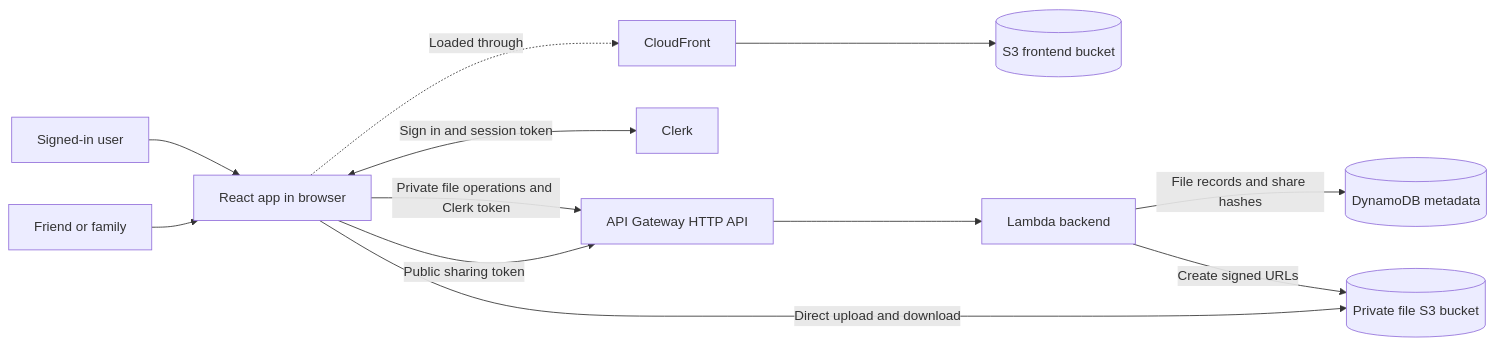
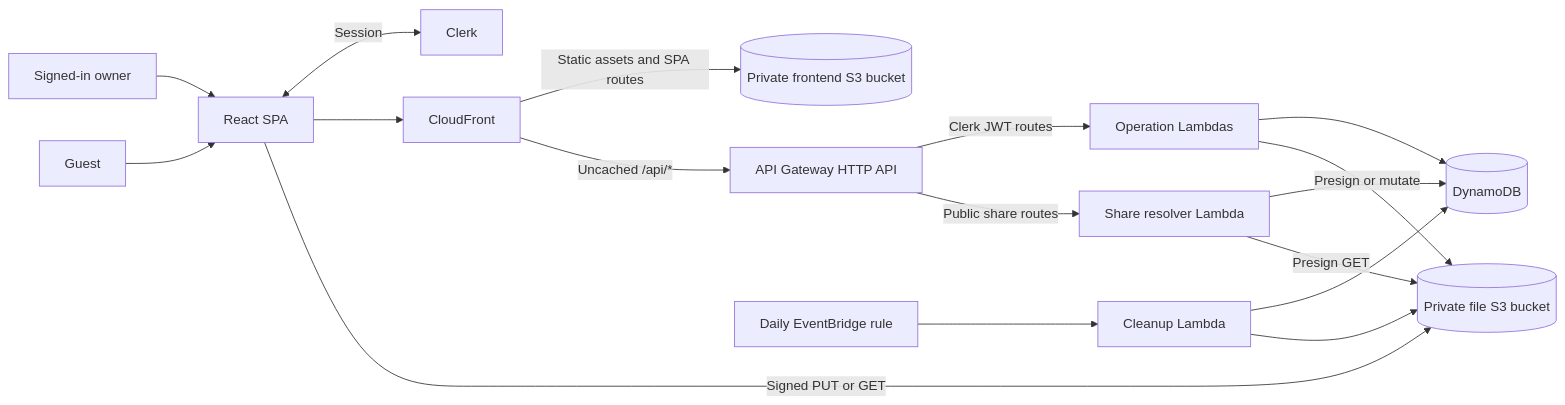
The diagram in docs/architecture.md (luojam/luja-cloud), drawn with Mermaid before and after one commit. The commit also changed other lines of this file and 3 other files, not shown here.

````diff
--- a/docs/architecture.md
+++ b/docs/architecture.md
@@ -16,25 +9,19 @@
 ```mermaid
 flowchart LR
-    User[Signed-in user]
-    Guest[Friend or family]
-    Browser[React app in browser]
-    CDN[CloudFront]
-    Frontend[(S3 frontend bucket)]
-    Clerk[Clerk]
-    API[API Gateway HTTP API]
-    Backend[Lambda backend]
-    Metadata[(DynamoDB metadata)]
-    Files[(Private file S3 bucket)]
-
-    User --> Browser
-    Guest --> Browser
-    Browser -.->|Loaded through| CDN
-    CDN --> Frontend
-    Browser <-->|Sign in and session token| Clerk
-    Browser -->|Private file operations and Clerk token| API
-    Browser -->|Public sharing token| API
-    API --> Backend
-    Backend -->|File records and share hashes| Metadata
-    Backend -->|Create signed URLs| Files
-    Browser -->|Direct upload and download| Files
+    Owner[Signed-in owner] --> Browser[React SPA]
+    Guest[Guest] --> Browser
+    Browser <-->|Session| Clerk[Clerk]
+    Browser --> CloudFront[CloudFront]
+    CloudFront -->|Static assets and SPA routes| Frontend[(Private frontend S3 bucket)]
+    CloudFront -->|Uncached /api/*| API[API Gateway HTTP API]
+    API -->|Clerk JWT routes| OwnerFns[Operation Lambdas]
+    API -->|Public share routes| ShareFn[Share resolver Lambda]
+    OwnerFns --> Metadata[(DynamoDB)]
+    ShareFn --> Metadata
+    OwnerFns -->|Presign or mutate| Files[(Private file S3 bucket)]
+    ShareFn -->|Presign GET| Files
+    Browser -->|Signed PUT or GET| Files
+    Schedule[Daily EventBridge rule] --> Cleanup[Cleanup Lambda]
+    Cleanup --> Metadata
+    Cleanup --> Files
 ```
````
